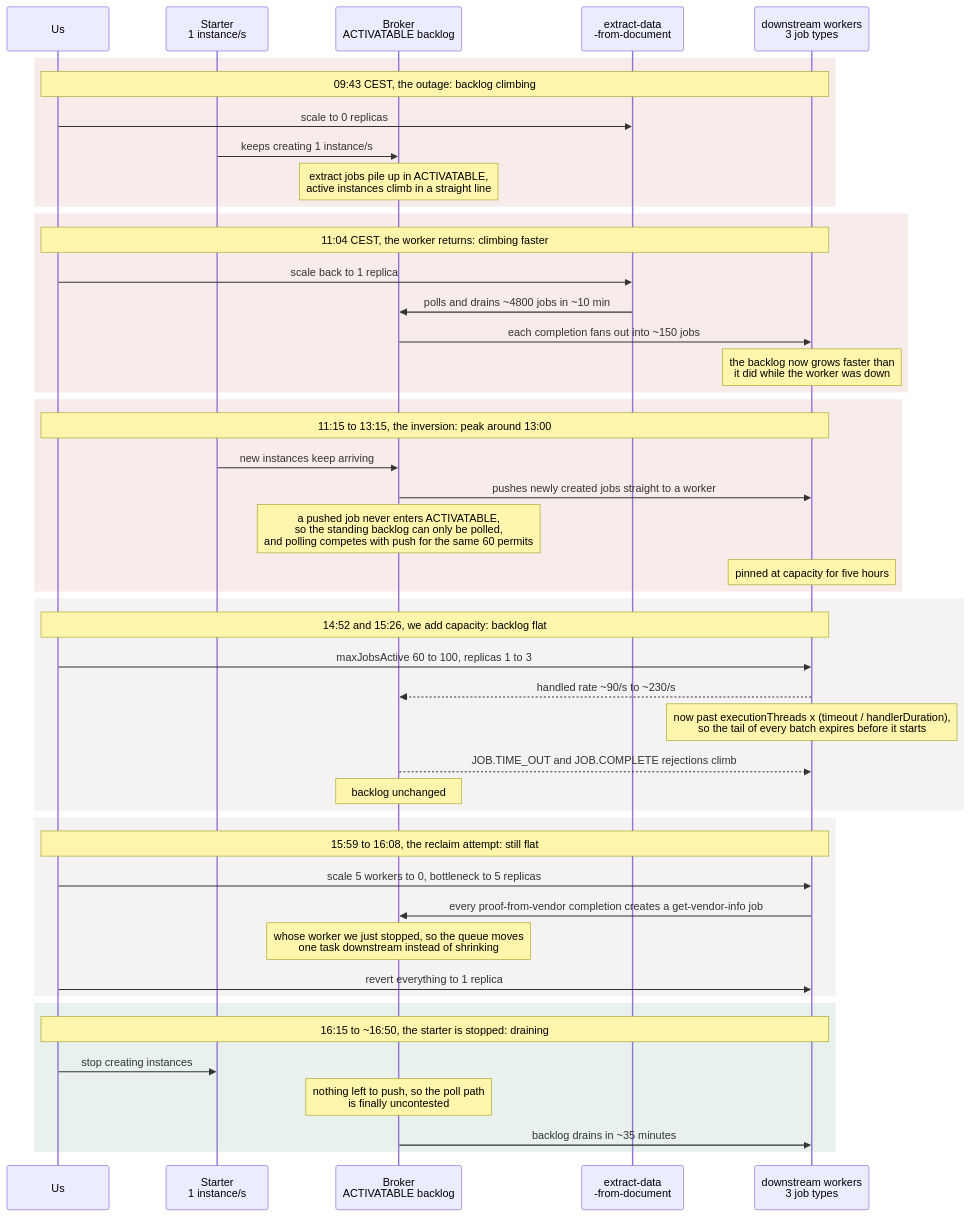
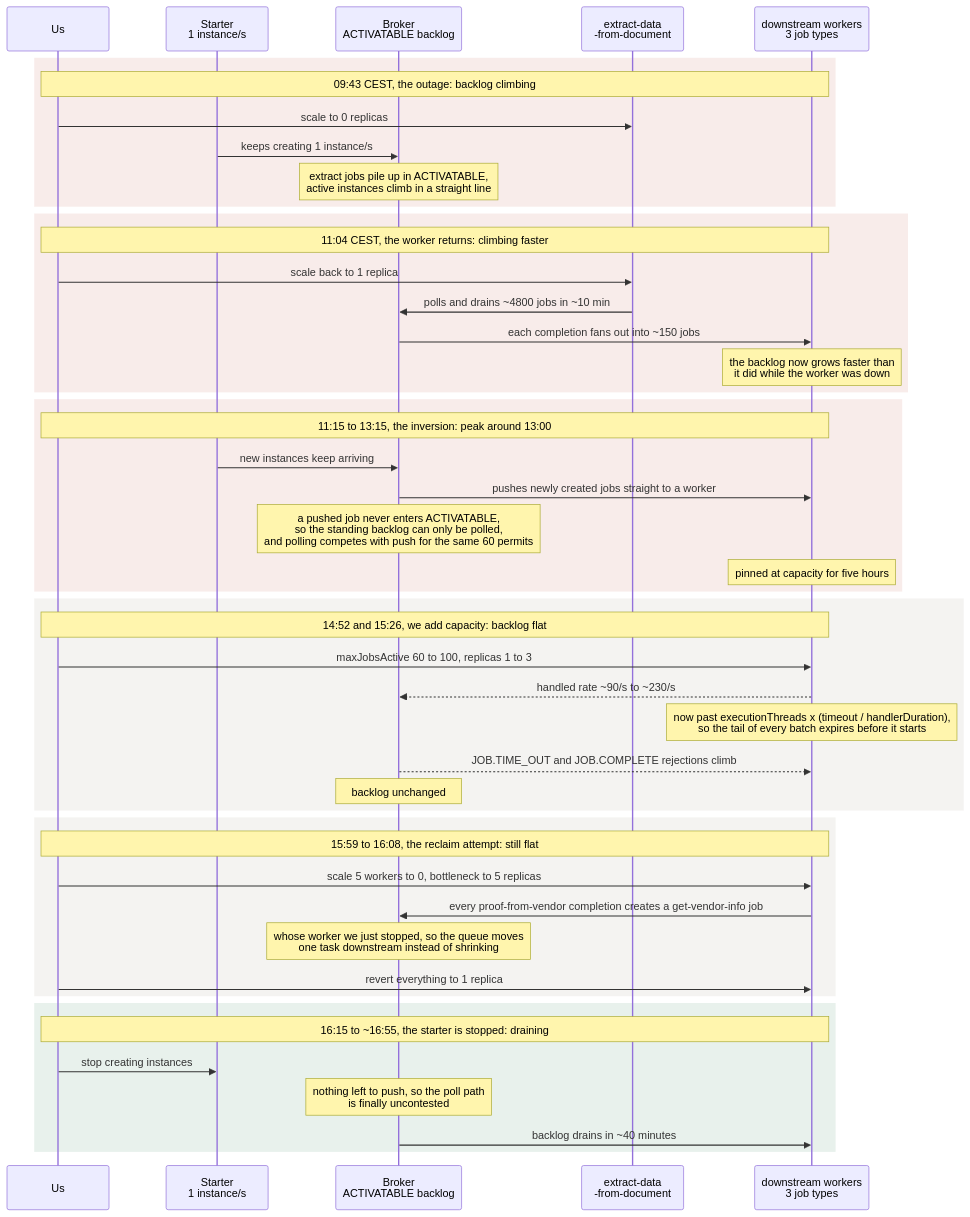
The second of 2 diagrams in chaos-days/blog/2026-08-06-worker-downtime-throughput-recovery/index.md (camunda/zeebe-chaos), drawn with Mermaid before and after one commit. The commit also changed other lines of this file, not shown here.

````diff
--- a/chaos-days/blog/2026-08-06-worker-downtime-throughput-recovery/index.md
+++ b/chaos-days/blog/2026-08-06-worker-downtime-throughput-recovery/index.md
@@ -268,55 +268,55 @@
 ```mermaid
 sequenceDiagram
     participant U as Us
     participant St as Starter<br/>1 instance/s
     participant B as Broker<br/>ACTIVATABLE backlog
     participant E as extract-data<br/>-from-document
     participant D as downstream workers<br/>3 job types
 
     rect rgb(186, 72, 52, 0.10)
     Note over U,D: 09:43 CEST, the outage: backlog climbing
     U->>E: scale to 0 replicas
     St->>B: keeps creating 1 instance/s
     Note over B: extract jobs pile up in ACTIVATABLE,<br/>active instances climb in a straight line
     end
 
     rect rgb(186, 72, 52, 0.10)
     Note over U,D: 11:04 CEST, the worker returns: climbing faster
     U->>E: scale back to 1 replica
     E->>B: polls and drains ~4800 jobs in ~10 min
     B->>D: each completion fans out into ~150 jobs
     Note over D: the backlog now grows faster than<br/>it did while the worker was down
     end
 
     rect rgb(186, 72, 52, 0.10)
     Note over U,D: 11:15 to 13:15, the inversion: peak around 13:00
     St->>B: new instances keep arriving
     B->>D: pushes newly created jobs straight to a worker
     Note over B: a pushed job never enters ACTIVATABLE,<br/>so the standing backlog can only be polled,<br/>and polling competes with push for the same 60 permits
     Note over D: pinned at capacity for five hours
     end
 
     rect rgb(148, 142, 120, 0.10)
     Note over U,D: 14:52 and 15:26, we add capacity: backlog flat
     U->>D: maxJobsActive 60 to 100, replicas 1 to 3
     D-->>B: handled rate ~90/s to ~230/s
     Note over D: now past executionThreads x (timeout / handlerDuration),<br/>so the tail of every batch expires before it starts
     B-->>D: JOB.TIME_OUT and JOB.COMPLETE rejections climb
     Note over B: backlog unchanged
     end
 
     rect rgb(148, 142, 120, 0.10)
     Note over U,D: 15:59 to 16:08, the reclaim attempt: still flat
     U->>D: scale 5 workers to 0, bottleneck to 5 replicas
     D->>B: every proof-from-vendor completion creates a get-vendor-info job
     Note over B: whose worker we just stopped, so the queue moves<br/>one task downstream instead of shrinking
     U->>D: revert everything to 1 replica
     end
 
     rect rgb(64, 140, 96, 0.12)
-    Note over U,D: 16:15 to ~16:50, the starter is stopped: draining
+    Note over U,D: 16:15 to ~16:55, the starter is stopped: draining
     U->>St: stop creating instances
     Note over B: nothing left to push, so the poll path<br/>is finally uncontested
-    B->>D: backlog drains in ~35 minutes
+    B->>D: backlog drains in ~40 minutes
     end
 ```
````
